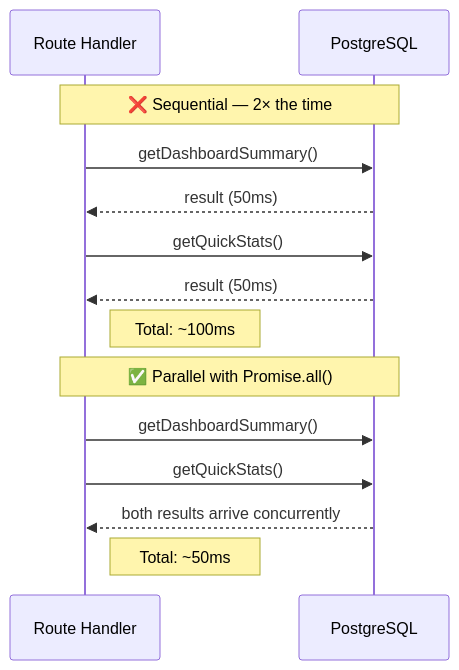
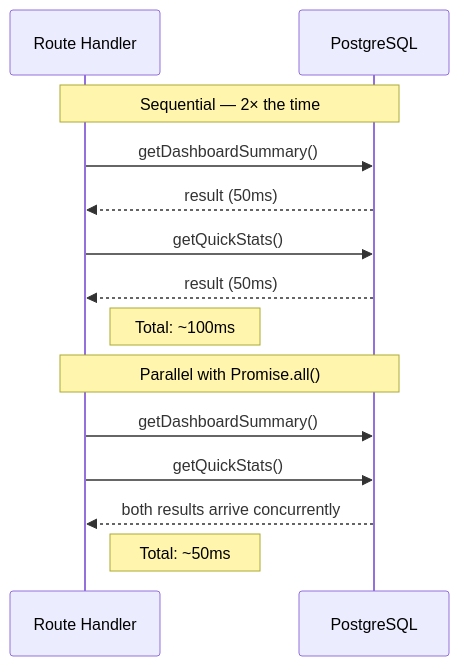
Before and after one commit to Ochanda-Charles/Event-scheduling-system: diagram 14 of 15 in README.md, drawn with Mermaid. The commit also changed other lines of this file, not shown here.

````diff
--- a/README.md
+++ b/README.md
@@ -710,18 +710,18 @@
 ```mermaid
 sequenceDiagram
-    participant Handler as Route Handler
-    participant DB as PostgreSQL
+ participant Handler as Route Handler
+ participant DB as PostgreSQL
 
-    Note over Handler,DB: ❌ Sequential — 2× the time
-    Handler->>DB: getDashboardSummary()
-    DB-->>Handler: result (50ms)
-    Handler->>DB: getQuickStats()
-    DB-->>Handler: result (50ms)
-    Note right of Handler: Total: ~100ms
+ Note over Handler,DB: Sequential — 2× the time
+ Handler->>DB: getDashboardSummary()
+ DB-->>Handler: result (50ms)
+ Handler->>DB: getQuickStats()
+ DB-->>Handler: result (50ms)
+ Note right of Handler: Total: ~100ms
 
-    Note over Handler,DB: ✅ Parallel with Promise.all()
-    Handler->>DB: getDashboardSummary()
-    Handler->>DB: getQuickStats()
-    DB-->>Handler: both results arrive concurrently
-    Note right of Handler: Total: ~50ms
+ Note over Handler,DB: Parallel with Promise.all()
+ Handler->>DB: getDashboardSummary()
+ Handler->>DB: getQuickStats()
+ DB-->>Handler: both results arrive concurrently
+ Note right of Handler: Total: ~50ms
 ```
````
